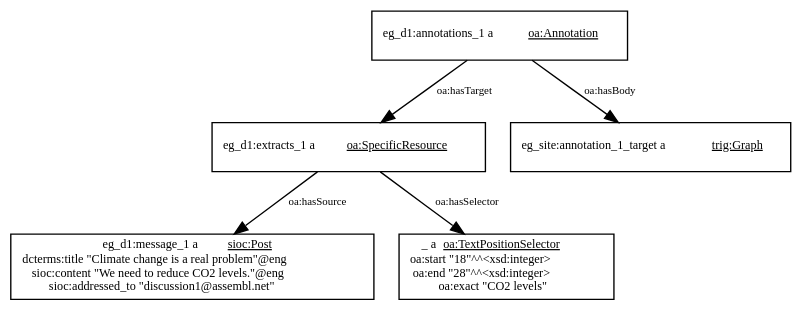
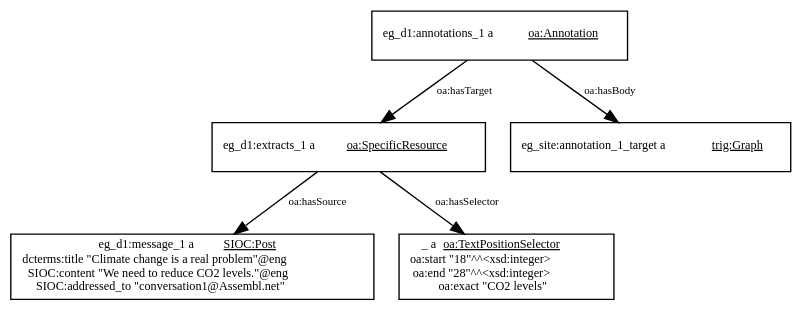
One commit to catalyst-fp7/documents changed the tenth of 16 diagrams in interoperability/interoperability.md. Above: the diagram before and after it, drawn with Graphviz. The commit also changed other lines of this file, not shown here.

````diff
--- a/interoperability/interoperability.md
+++ b/interoperability/interoperability.md
@@ -1131,26 +1129,26 @@
 ```graphviz 0.75
 digraph g {
     graph [bgcolor="transparent", rankdir="TB", compound="true"];
     node [fillcolor=white, style=filled,  shape=record, fontsize=9];
     edge [fontsize=8];
     post1 [label=<<table border='0' cellborder='0' cellpadding='0' cellspacing='0'>
-        <tr><td>eg_d1:message_1 a <U>sioc:Post</U></td></tr>
+        <tr><td>eg_d1:message_1 a <U>SIOC:Post</U></td></tr>
         <tr><td>dcterms:title "Climate change is a real problem"@eng</td></tr>
-        <tr><td>sioc:content "We need to reduce CO2 levels."@eng</td></tr>
-        <tr><td>sioc:addressed_to "discussion1@assembl.net"</td></tr>
+        <tr><td>SIOC:content "We need to reduce CO2 levels."@eng</td></tr>
+        <tr><td>SIOC:addressed_to "conversation1@Assembl.net"</td></tr>
     </table>>];
     extract1 [label=<eg_d1:extracts_1 a <U>oa:SpecificResource</U>>];
     selection1 [label=<<table border='0' cellborder='0' cellpadding='0' cellspacing='0'>
         <tr><td>_ a <U>oa:TextPositionSelector</U></td></tr>
         <tr><td>oa:start "18"^^&lt;xsd:integer&gt;</td></tr>
         <tr><td>oa:end "28"^^&lt;xsd:integer&gt;</td></tr>
         <tr><td>oa:exact "CO2 levels"</td></tr>
     </table>>];
     extract1->selection1 [label="oa:hasSelector"];
     extract1->post1 [label="oa:hasSource"];
     annotation1 [label=<eg_d1:annotations_1 a <U>oa:Annotation</U>>];
     annotation1->extract1 [label="oa:hasTarget"];
     annotation1->cluster_ann1 [label="oa:hasBody"];
     cluster_ann1 [label=<eg_site:annotation_1_target a <U>trig:Graph</U>>];
 }
 ```
````
